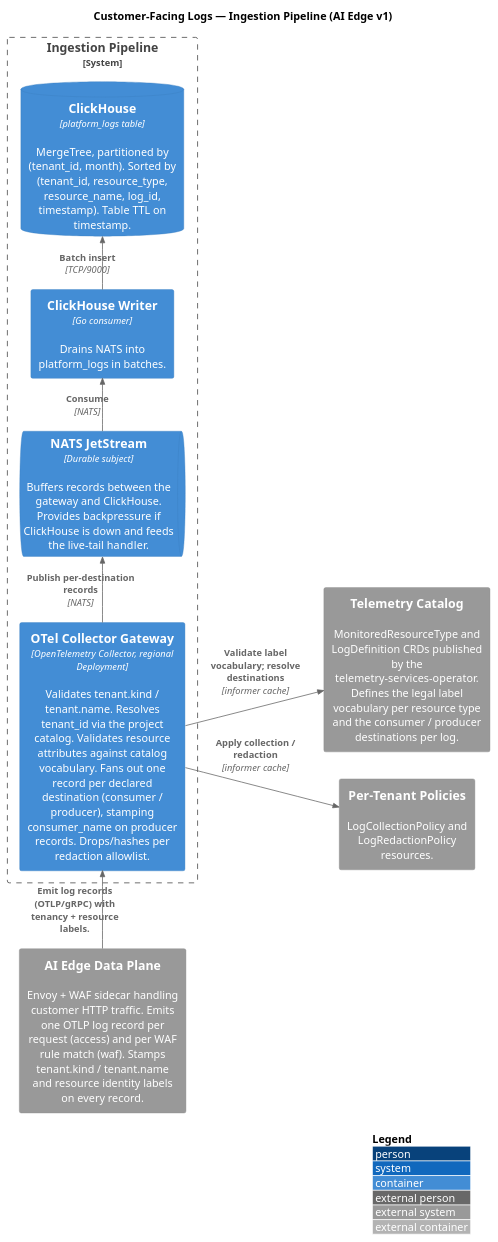
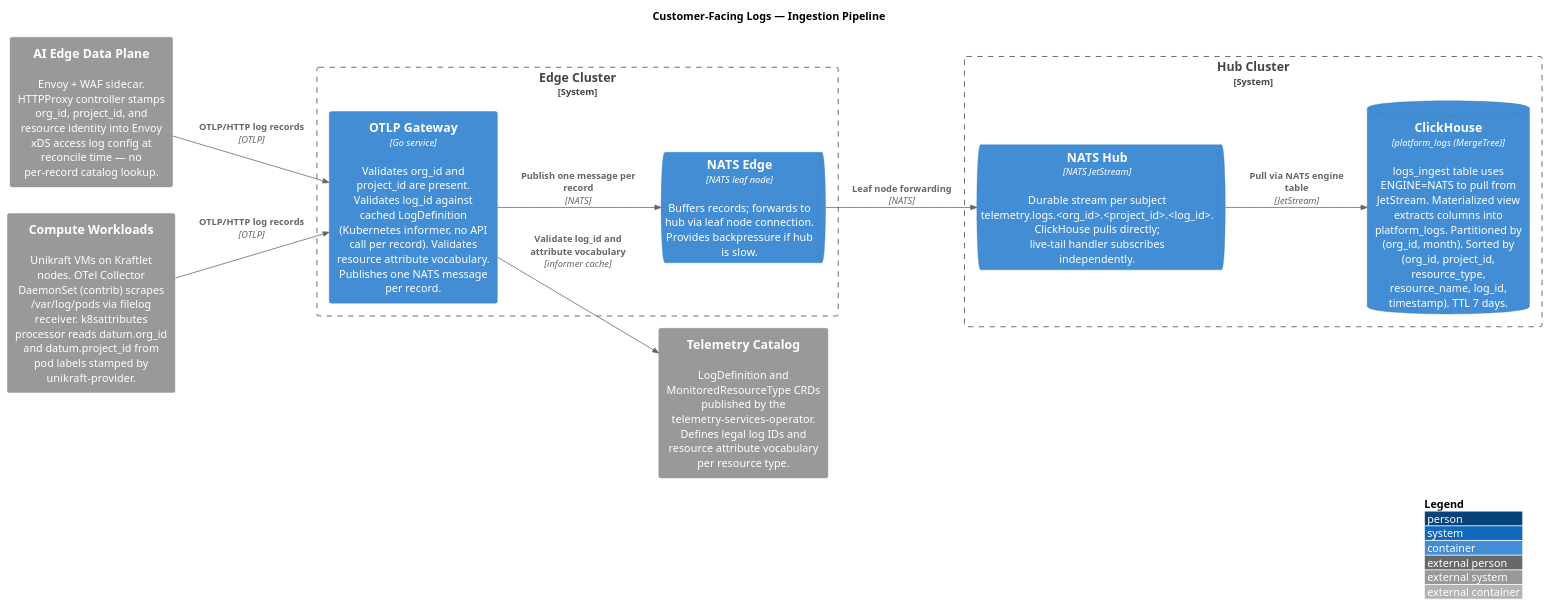
The diagram in docs/diagrams/ingestion-pipeline.puml (datum-cloud/telemetry-services-operator), drawn with PlantUML before and after one commit. The commit also changed 4 other files, not shown here.

First line of the commit message:
docs: update ingestion pipeline diagram and add query path diagram

```diff
--- a/docs/diagrams/ingestion-pipeline.puml
+++ b/docs/diagrams/ingestion-pipeline.puml
@@ -1,36 +1,32 @@
 @startuml ingestion-pipeline
 !include https://raw.githubusercontent.com/plantuml-stdlib/C4-PlantUML/master/C4_Container.puml
 
 LAYOUT_LANDSCAPE()
 LAYOUT_WITH_LEGEND()
 
-title Customer-Facing Logs — Ingestion Pipeline (AI Edge v1)
+title Customer-Facing Logs — Ingestion Pipeline
 
-' External producers
-System_Ext(ai_edge, "AI Edge Data Plane", "Envoy + WAF sidecar handling customer HTTP traffic. Emits one OTLP log record per request (access) and per WAF rule match (waf). Stamps tenant.kind / tenant.name and resource identity labels on every record.")
+System_Ext(ai_edge, "AI Edge Data Plane", "Envoy + WAF sidecar. HTTPProxy controller stamps org_id, project_id, and resource identity into Envoy xDS access log config at reconcile time — no per-record catalog lookup.")
 
-' Catalog and per-tenant policies — read by the gateway via cached informers
-System_Ext(catalog, "Telemetry Catalog", "MonitoredResourceType and LogDefinition CRDs published by the telemetry-services-operator. Defines the legal label vocabulary per resource type and the consumer / producer destinations per log.")
-System_Ext(policies, "Per-Tenant Policies", "LogCollectionPolicy and LogRedactionPolicy resources.")
+System_Ext(compute, "Compute Workloads", "Unikraft VMs on Kraftlet nodes. OTel Collector DaemonSet (contrib) scrapes /var/log/pods via filelog receiver. k8sattributes processor reads datum.org_id and datum.project_id from pod labels stamped by unikraft-provider.")
 
-' Ingestion system boundary
-System_Boundary(ingest, "Ingestion Pipeline") {
-    Container(gateway, "OTel Collector Gateway", "OpenTelemetry Collector, regional Deployment", "Validates tenant.kind / tenant.name. Resolves tenant_id via the project catalog. Validates resource attributes against catalog vocabulary. Fans out one record per declared destination (consumer / producer), stamping consumer_name on producer records. Drops/hashes per redaction allowlist.")
-    ContainerQueue(nats, "NATS JetStream", "Durable subject", "Buffers records between the gateway and ClickHouse. Provides backpressure if ClickHouse is down and feeds the live-tail handler.")
-    Container(writer, "ClickHouse Writer", "Go consumer", "Drains NATS into platform_logs in batches.")
-    ContainerDb(clickhouse, "ClickHouse", "platform_logs table", "MergeTree, partitioned by (tenant_id, month). Sorted by (tenant_id, resource_type, resource_name, log_id, timestamp). Table TTL on timestamp.")
+System_Ext(catalog, "Telemetry Catalog", "LogDefinition and MonitoredResourceType CRDs published by the telemetry-services-operator. Defines legal log IDs and resource attribute vocabulary per resource type.")
+
+System_Boundary(edge, "Edge Cluster") {
+    Container(gateway, "OTLP Gateway", "Go service", "Validates org_id and project_id are present. Validates log_id against cached LogDefinition (Kubernetes informer, no API call per record). Validates resource attribute vocabulary. Publishes one NATS message per record.")
+    ContainerQueue(nats_edge, "NATS Edge", "NATS leaf node", "Buffers records; forwards to hub via leaf node connection. Provides backpressure if hub is slow.")
 }
 
-' Producer flow (ingress)
-Rel_D(ai_edge, gateway, "Emit log records (OTLP/gRPC) with tenancy + resource labels.")
+System_Boundary(hub, "Hub Cluster") {
+    ContainerQueue(nats_hub, "NATS Hub", "NATS JetStream", "Durable stream per subject telemetry.logs.<org_id>.<project_id>.<log_id>. ClickHouse pulls directly; live-tail handler subscribes independently.")
+    ContainerDb(clickhouse, "ClickHouse", "platform_logs (MergeTree)", "logs_ingest table uses ENGINE=NATS to pull from JetStream. Materialized view extracts columns into platform_logs. Partitioned by (org_id, month). Sorted by (org_id, project_id, resource_type, resource_name, log_id, timestamp). TTL 7 days.")
+}
 
-' Gateway lookups
-Rel_R(gateway, catalog, "Validate label vocabulary; resolve destinations", "informer cache")
-Rel_R(gateway, policies, "Apply collection / redaction", "informer cache")
-
-' Successful write path
-Rel_D(gateway, nats, "Publish per-destination records", "NATS")
-Rel_D(nats, writer, "Consume", "NATS")
-Rel_D(writer, clickhouse, "Batch insert", "TCP/9000")
+Rel(ai_edge, gateway, "OTLP/HTTP log records", "OTLP")
+Rel(compute, gateway, "OTLP/HTTP log records", "OTLP")
+Rel(gateway, catalog, "Validate log_id and attribute vocabulary", "informer cache")
+Rel(gateway, nats_edge, "Publish one message per record", "NATS")
+Rel(nats_edge, nats_hub, "Leaf node forwarding", "NATS")
+Rel(nats_hub, clickhouse, "Pull via NATS engine table", "JetStream")
 
 @enduml
```
